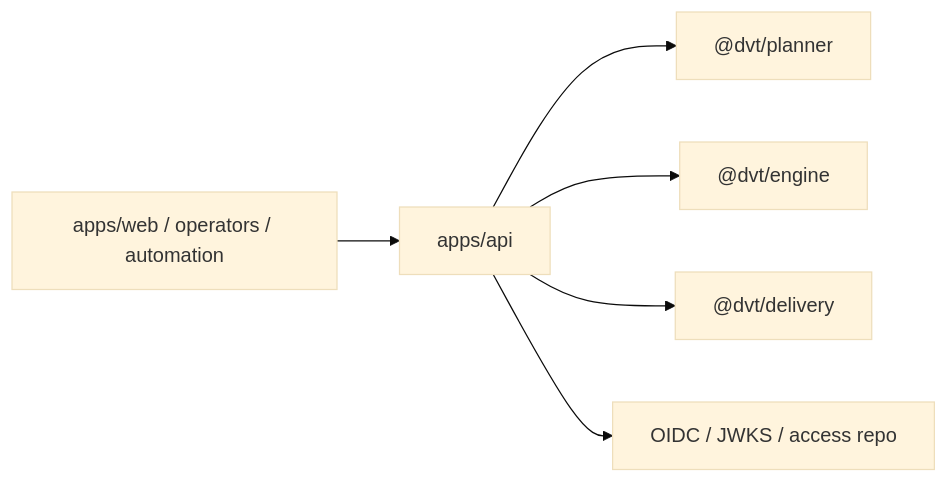
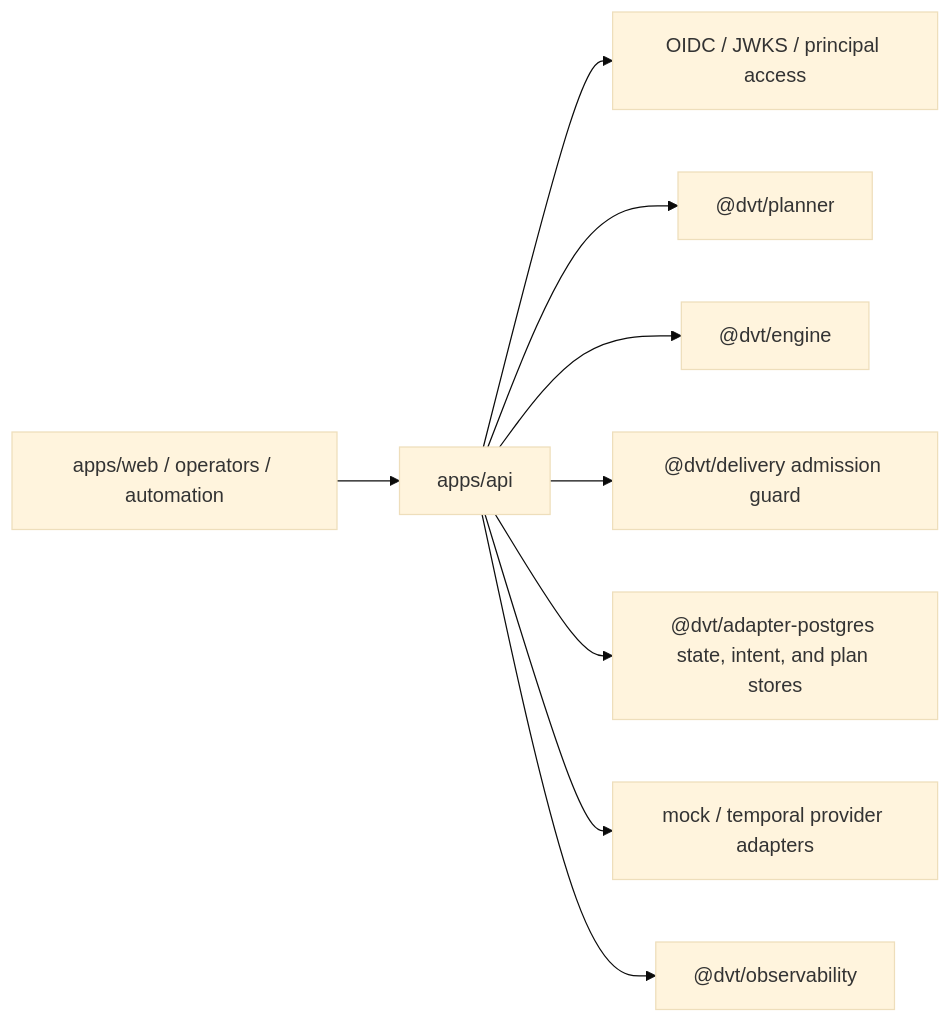
Before and after one commit to dunay2/dvt: the diagram in docs/architecture/components/api/index.md, drawn with Mermaid (base theme). The commit also changed other lines of this file and 10 other files, not shown here.

Commit message:
docs(docs): Refresh active component topology diagrams

````diff
--- a/docs/architecture/components/api/index.md
+++ b/docs/architecture/components/api/index.md
@@ -25,8 +27,11 @@
 ```mermaid
 flowchart LR
   Clients["apps/web / operators / automation"] --> API["apps/api"]
+  API --> Auth["OIDC / JWKS / principal access"]
   API --> Planner["@dvt/planner"]
   API --> Engine["@dvt/engine"]
-  API --> Delivery["@dvt/delivery"]
-  API --> Auth["OIDC / JWKS / access repo"]
+  API --> Delivery["@dvt/delivery admission guard"]
+  API --> Postgres["@dvt/adapter-postgres state, intent, and plan stores"]
+  API --> Providers["mock / temporal provider adapters"]
+  API --> Observability["@dvt/observability"]
 ```
````
